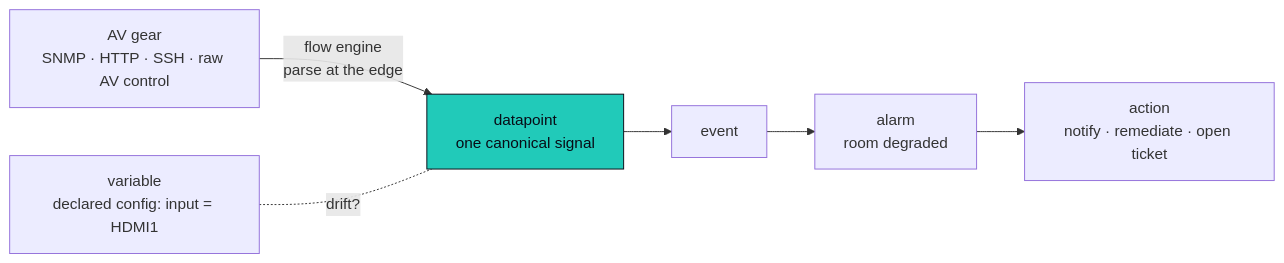
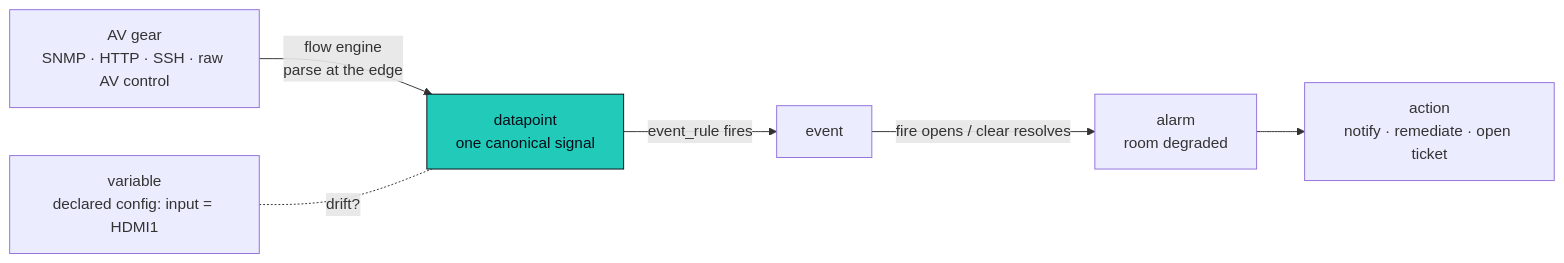
Before and after one commit to hyperscaleav/omniglass: the second of 3 diagrams in docs/src/content/docs/architecture/why.md, drawn with Mermaid. The commit also changed other lines of this file, not shown here.

````diff
--- a/docs/src/content/docs/architecture/why.md
+++ b/docs/src/content/docs/architecture/why.md
@@ -99,9 +102,9 @@
 ```mermaid
 flowchart LR
   G["AV gear<br/>SNMP · HTTP · SSH · raw AV control"] -->|"flow engine<br/>parse at the edge"| DP["datapoint<br/>one canonical signal"]
-  DP --> EV["event"] --> AL["alarm<br/>room degraded"]
+  DP -->|"event_rule fires"| EV["event"] -->|"fire opens / clear resolves"| AL["alarm<br/>room degraded"]
   AL --> AC["action<br/>notify · remediate · open ticket"]
   V["variable<br/>declared config: input = HDMI1"] -. "drift?" .- DP
   classDef k fill:#21CAB9,stroke:#080c16,color:#080c16;
   class DP k;
 ```
````
